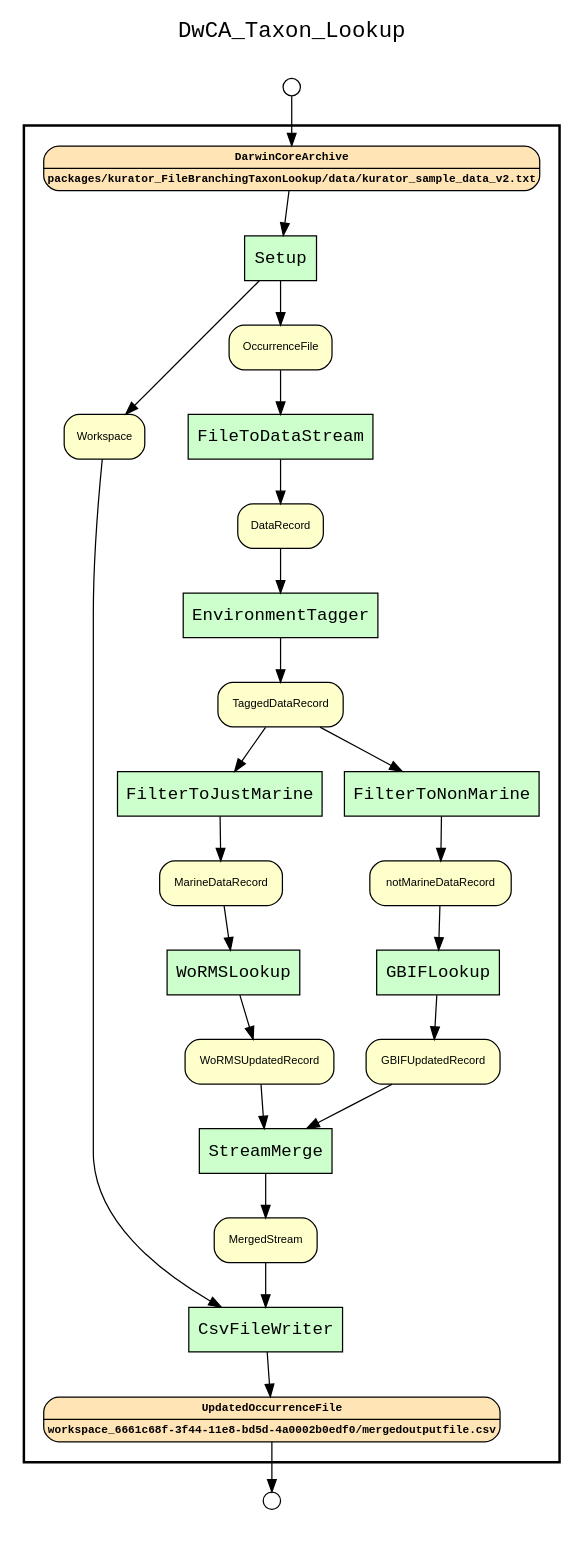
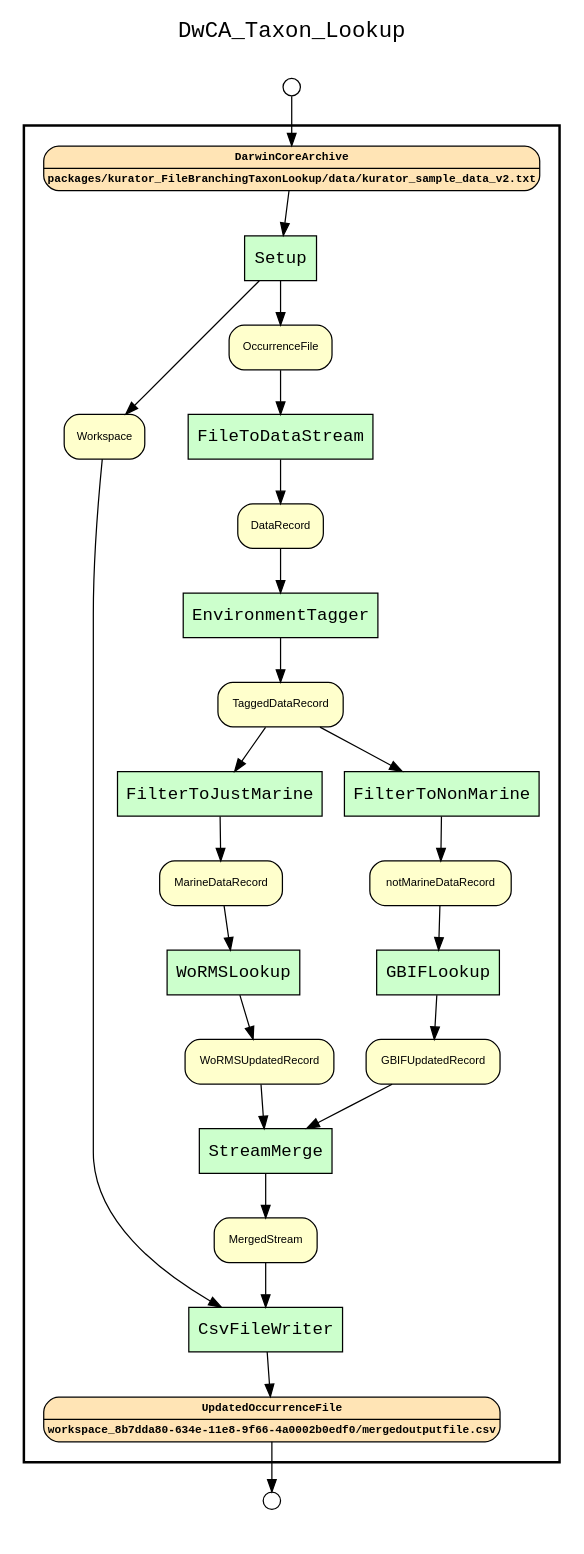
Before and after one commit to kurator-org/kurator-TDWG17-YW: the diagram in kurator_FileBranchingTaxonLookup/workflows/results/wf_recon_upstream_of_UpdatedOccurrenceFile.gv, drawn with Graphviz. The commit also changed 54 other files, not shown here.

```diff
--- a/kurator_FileBranchingTaxonLookup/workflows/results/wf_recon_upstream_of_UpdatedOccurrenceFile.gv
+++ b/kurator_FileBranchingTaxonLookup/workflows/results/wf_recon_upstream_of_UpdatedOccurrenceFile.gv
@@ -1,68 +1,68 @@
 
 digraph yw_data_view {
 rankdir=TB
 fontname=Courier; fontsize=18; labelloc=t
 label="DwCA_Taxon_Lookup"
 subgraph cluster_workflow { label=""; color=black; penwidth=2
 subgraph cluster_workflow_inner { label=""; color=white
 node[shape=box style="filled" fillcolor="#CCFFCC" peripheries=1 fontname=Courier]
 Setup
 FileToDataStream
 EnvironmentTagger
 FilterToJustMarine
 FilterToNonMarine
 WoRMSLookup
 GBIFLookup
 StreamMerge
 CsvFileWriter
 node[shape=box style="filled" fillcolor="#CCFFCC" peripheries=1 fontname=Courier]
 node[shape=box style="rounded,filled" fillcolor="#FFE4B5" peripheries=1 fontname="Courier-Bold" fontsize=9]
 DarwinCoreArchive[shape=record rankdir=LR label="{<f0> DarwinCoreArchive |<f1>packages/kurator_FileBranchingTaxonLookup/data/kurator_sample_data_v2.txt\n}"]
 node[shape=box style="rounded,filled" fillcolor="#FFFFCC" peripheries=1 fontname=Helvetica]
 Workspace
 OccurrenceFile
 DataRecord
 TaggedDataRecord
 MarineDataRecord
 notMarineDataRecord
 WoRMSUpdatedRecord
 GBIFUpdatedRecord
 MergedStream
 node[shape=box style="rounded,filled" fillcolor="#FFE4B5" peripheries=1 fontname="Courier-Bold" fontsize=9]
-UpdatedOccurrenceFile[shape=record rankdir=LR label="{<f0> UpdatedOccurrenceFile |<f1>workspace_6661c68f-3f44-11e8-bd5d-4a0002b0edf0/mergedoutputfile.csv\n}"]
+UpdatedOccurrenceFile[shape=record rankdir=LR label="{<f0> UpdatedOccurrenceFile |<f1>workspace_8b7dda80-634e-11e8-9f66-4a0002b0edf0/mergedoutputfile.csv\n}"]
 node[shape=box style="rounded,filled" fillcolor="#FFFFFF" peripheries=1 fontname=Helvetica]
 }}
 subgraph cluster_inflows { label=""; color=white; penwidth=2
 subgraph cluster_inflows_inner { label=""; color=white
 node[shape=circle fillcolor="#FFFFFF" peripheries=1 width=0.2]
 DarwinCoreArchive_inflow [label=""]
 }}
 subgraph cluster_outflows { label=""; color=white; penwidth=2
 subgraph cluster_outflows_inner { label=""; color=white
 node[shape=circle fillcolor="#FFFFFF" peripheries=1 width=0.2]
 UpdatedOccurrenceFile_outflow [label=""]
 }}
-Workspace -> CsvFileWriter
-notMarineDataRecord -> GBIFLookup
-OccurrenceFile -> FileToDataStream
-WoRMSUpdatedRecord -> StreamMerge
+GBIFUpdatedRecord -> StreamMerge
 DataRecord -> EnvironmentTagger
-GBIFUpdatedRecord -> StreamMerge
 MergedStream -> CsvFileWriter
 TaggedDataRecord -> FilterToNonMarine
 TaggedDataRecord -> FilterToJustMarine
 DarwinCoreArchive -> Setup
 MarineDataRecord -> WoRMSLookup
+Workspace -> CsvFileWriter
+notMarineDataRecord -> GBIFLookup
+WoRMSUpdatedRecord -> StreamMerge
+OccurrenceFile -> FileToDataStream
 Setup -> Workspace
 Setup -> OccurrenceFile
 FileToDataStream -> DataRecord
 EnvironmentTagger -> TaggedDataRecord
 FilterToJustMarine -> MarineDataRecord
 FilterToNonMarine -> notMarineDataRecord
 WoRMSLookup -> WoRMSUpdatedRecord
 GBIFLookup -> GBIFUpdatedRecord
 StreamMerge -> MergedStream
 CsvFileWriter -> UpdatedOccurrenceFile
 DarwinCoreArchive_inflow -> DarwinCoreArchive
 UpdatedOccurrenceFile -> UpdatedOccurrenceFile_outflow
 }
```
